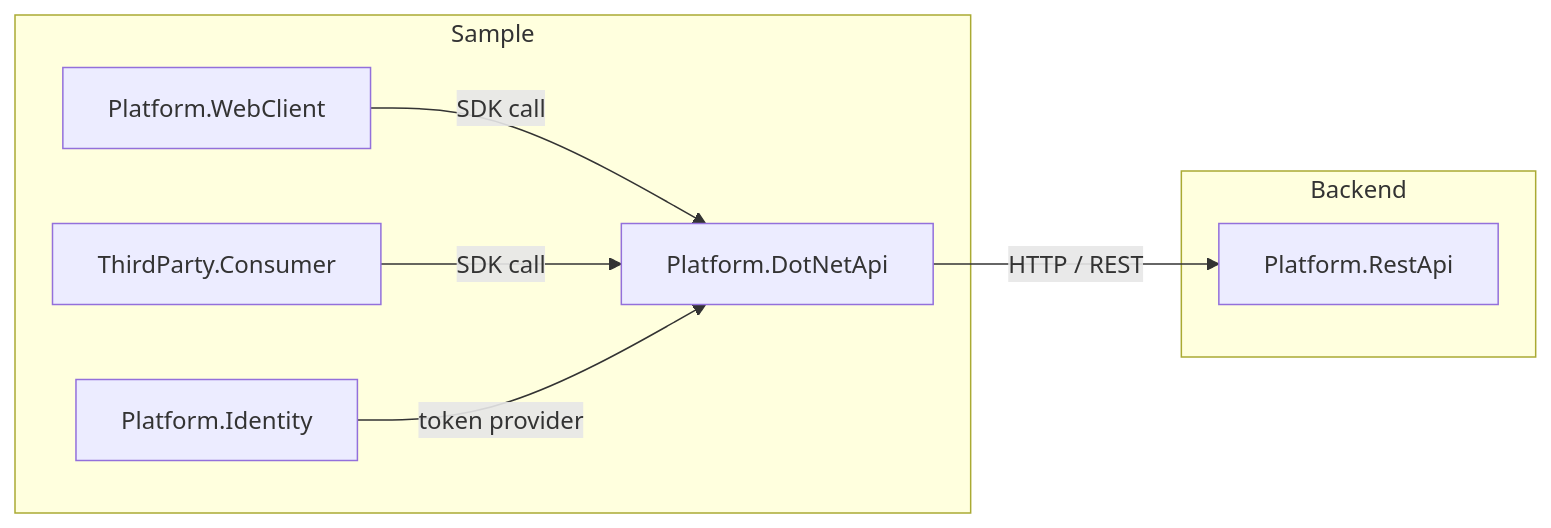
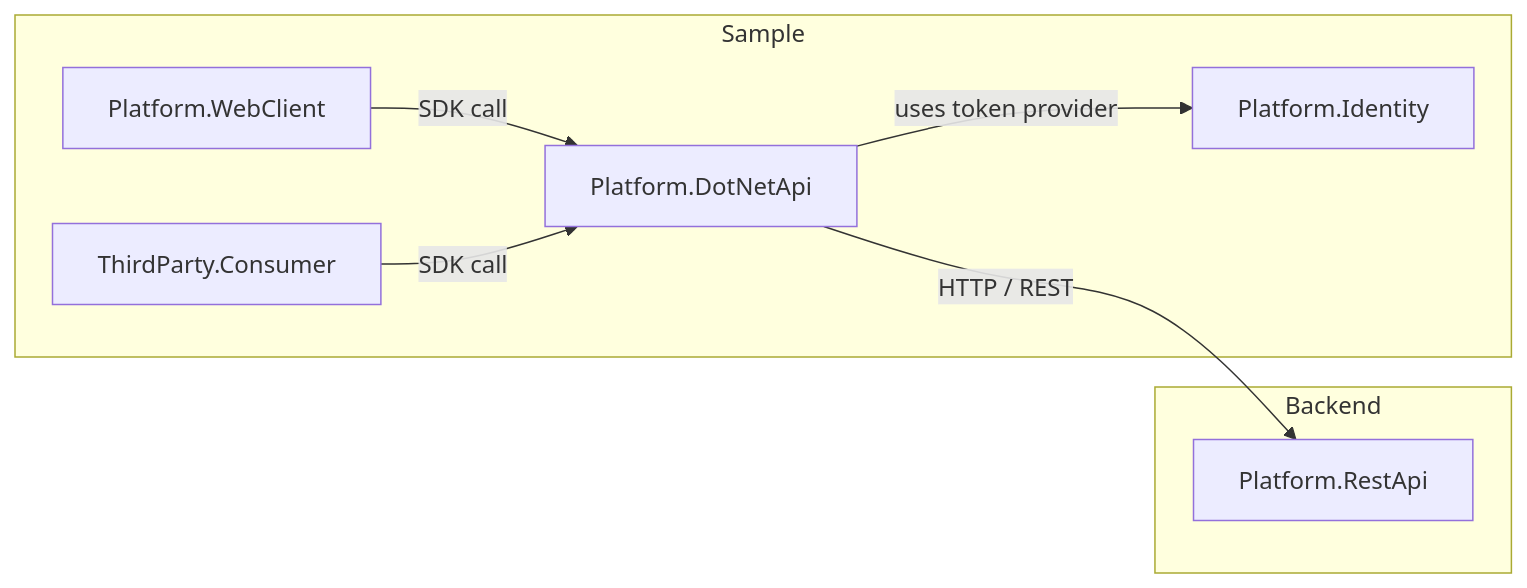
The diagram in README.md (haoyucheng369-gif/DocuwareArchitect), drawn with Mermaid before and after one commit.

Commit message:
Correct identity dependency in README diagram

````diff
--- a/README.md
+++ b/README.md
@@ -14,18 +14,18 @@
 ```mermaid
 flowchart LR
     subgraph Sample
         A[Platform.Identity]
         C[Platform.WebClient]
         D[ThirdParty.Consumer]
         B[Platform.DotNetApi]
     end
 
     subgraph Backend
         E[Platform.RestApi]
     end
 
     C -->|SDK call| B
     D -->|SDK call| B
     B -->|HTTP / REST| E
-    A -->|token provider| B
+    B -->|uses token provider| A
 ```
````
